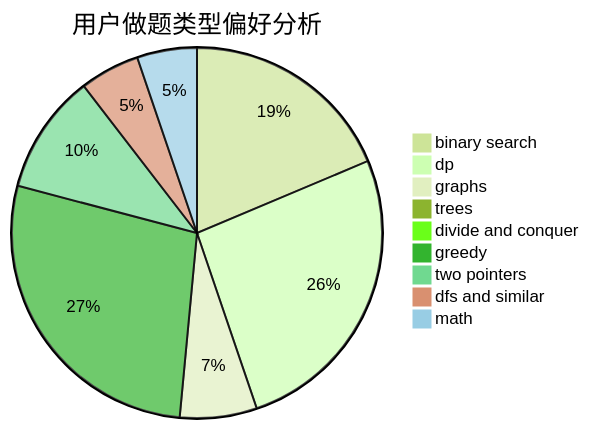
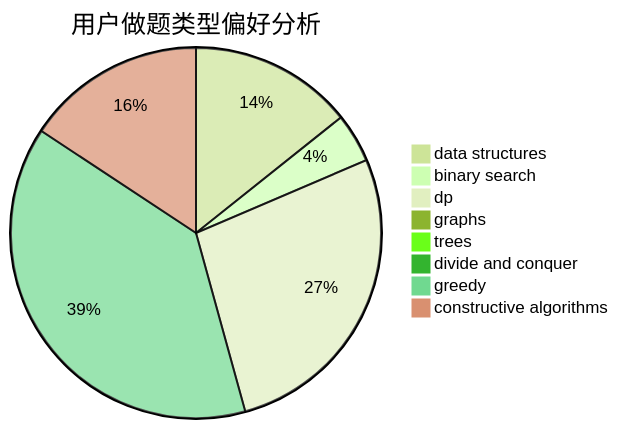
One commit to sherpahu/cfrs.github.io changed the second of 3 diagrams in docs/user/u1037.md. Above: the diagram before and after it, drawn with Mermaid (forest theme). The commit also changed other lines of this file and 2775 other files, not shown here.

````diff
--- a/docs/user/u1037.md
+++ b/docs/user/u1037.md
@@ -23,12 +23,11 @@
 ```mermaid
 pie title 用户做题类型偏好分析
-    "binary search" :  25
-    "dp" :  35
-    "graphs" :  9
-    "trees" :  1
+    "data structures" :  10
+    "binary search" :  3
+    "dp" :  19
+    "graphs" :  0
+    "trees" :  0
     "divide and conquer" :  0
-    "greedy" :  37
-    "two pointers" :  14
-    "dfs and similar" :  7
-    "math" :  7
+    "greedy" :  27
+    "constructive algorithms" :  11
 ```
````
